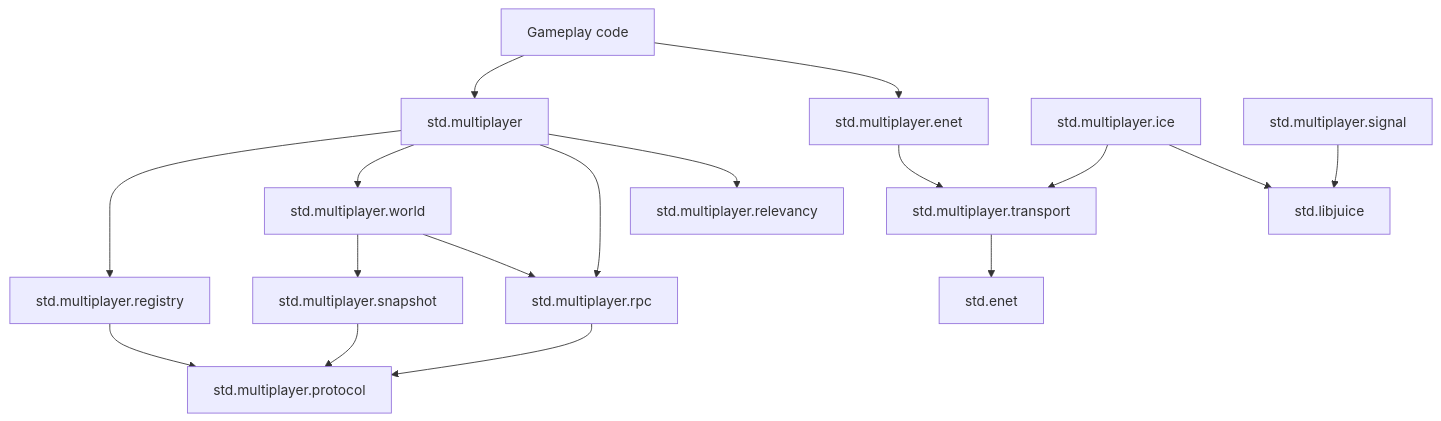
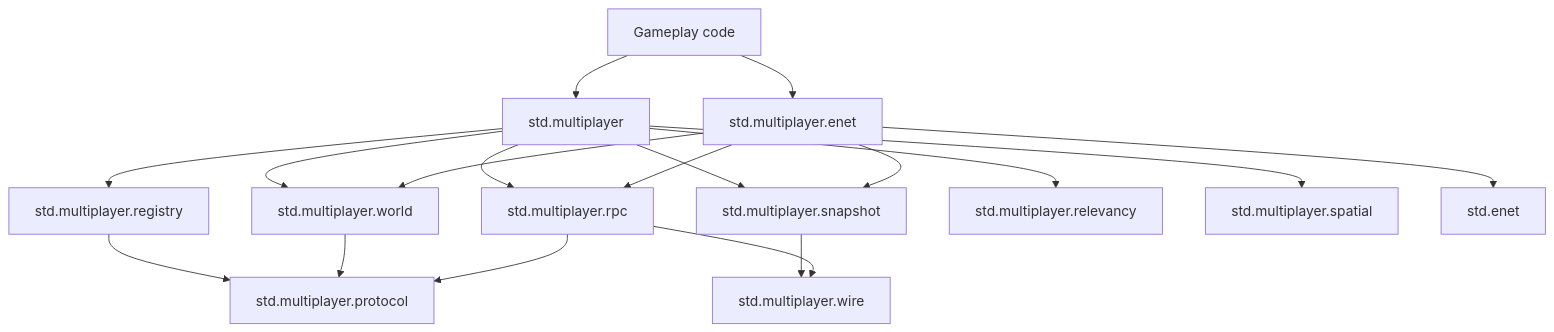
One commit to teefan/mt-lang changed the diagram in docs/multiplayer-standard-library.md. Above: the diagram before and after it, drawn with Mermaid. The commit also changed other lines of this file and 6 other files, not shown here.

````diff
--- a/docs/multiplayer-standard-library.md
+++ b/docs/multiplayer-standard-library.md
@@ -17,34 +10,33 @@
 ```mermaid
 flowchart TD
     gameplay[Gameplay code]
     root[std.multiplayer]
+    enet_backend[std.multiplayer.enet]
     registry[std.multiplayer.registry]
     world[std.multiplayer.world]
     rpc[std.multiplayer.rpc]
     snapshot[std.multiplayer.snapshot]
     relevancy[std.multiplayer.relevancy]
+    spatial[std.multiplayer.spatial]
+    wire[std.multiplayer.wire]
     protocol[std.multiplayer.protocol]
-    transport[std.multiplayer.transport]
-    enet[std.multiplayer.enet]
-    ice[std.multiplayer.ice]
-    signal[std.multiplayer.signal]
     std_enet[std.enet]
-    std_libjuice[std.libjuice]
 
     gameplay --> root
-    gameplay --> enet
+    gameplay --> enet_backend
     root --> registry
     root --> world
     root --> rpc
+    root --> snapshot
     root --> relevancy
+    root --> spatial
+    snapshot --> wire
+    rpc --> wire
+    enet_backend --> std_enet
+    enet_backend --> world
+    enet_backend --> rpc
+    enet_backend --> snapshot
     registry --> protocol
-    world --> snapshot
-    world --> rpc
-    snapshot --> protocol
+    world --> protocol
     rpc --> protocol
-    enet --> transport
-    transport --> std_enet
-    ice --> transport
-    ice --> std_libjuice
-    signal --> std_libjuice
 ```
````
